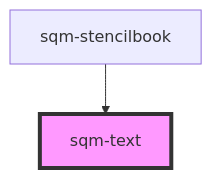
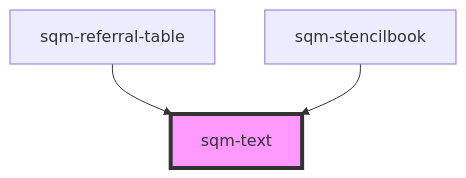
The diagram in packages/mint-components/src/components/sqm-text/readme.md (saasquatch/program-tools), drawn with Mermaid before and after one commit. The commit also changed other lines of this file and 27 other files, not shown here.

````diff
--- a/packages/mint-components/src/components/sqm-text/readme.md
+++ b/packages/mint-components/src/components/sqm-text/readme.md
@@ -15,5 +16,6 @@
 ```mermaid
 graph TD;
+  sqm-referral-table --> sqm-text
   sqm-stencilbook --> sqm-text
   style sqm-text fill:#f9f,stroke:#333,stroke-width:4px
 ```
````
